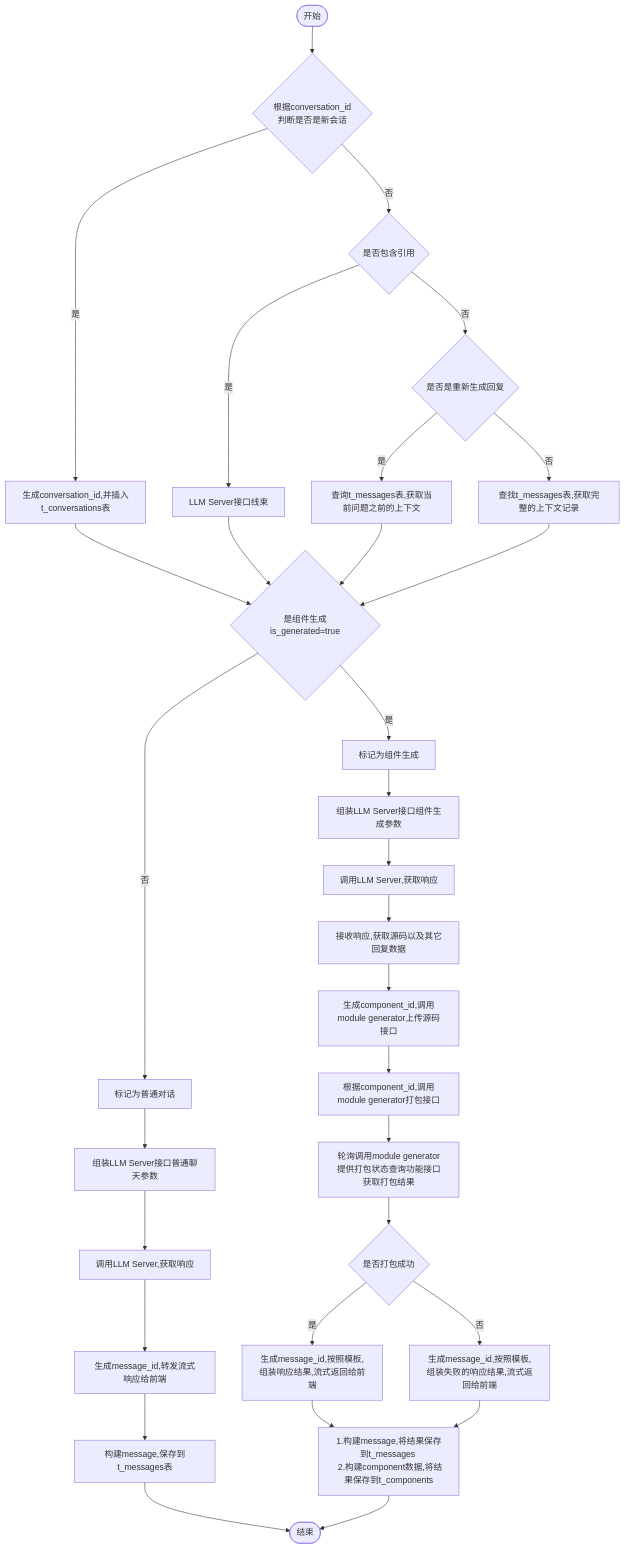
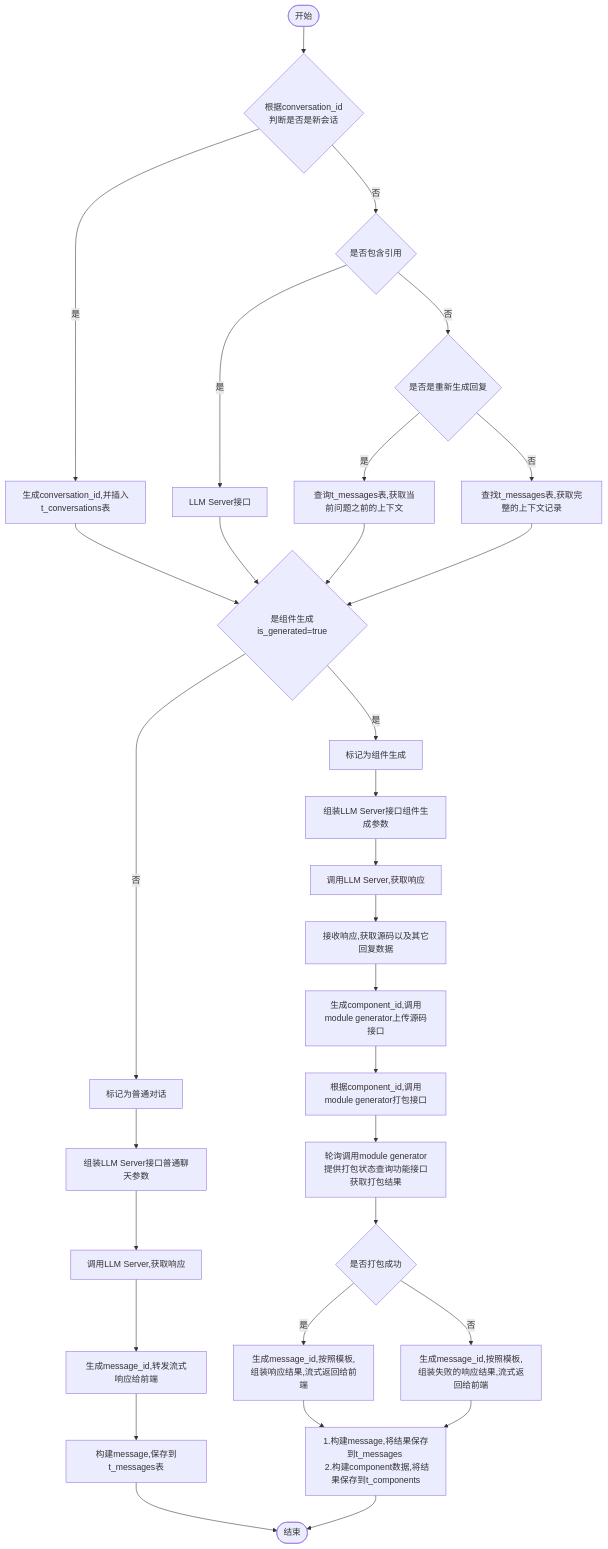
One commit to yingjianzh/iodraw-files changed the diagram in all/w3-会话-不需要传递message.md. Above: the diagram before and after it, drawn with Mermaid.

Commit message:
2024-10-14 11:06:02 update

````diff
--- a/all/w3-会话-不需要传递message.md
+++ b/all/w3-会话-不需要传递message.md
@@ -1,35 +1,35 @@
 ```mermaid
 flowchart TD
     A([开始]) --> B{根据conversation_id \n 判断是否是新会话}
     B -- 是 --> C[生成conversation_id,并插入t_conversations表]
     B -- 否 --> D{是否包含引用}
-    D -- 是 --> E[LLM Server接口线束]
+    D -- 是 --> E[LLM Server接口]
     D -- 否 --> F{是否是重新生成回复}
     F -- 是 --> G[查询t_messages表,获取当前问题之前的上下文]
     F -- 否 --> H[查找t_messages表,获取完整的上下文记录]
      
     C & E & G & H --> I{是组件生成is_generated=true}
     I -- 是 --> J[标记为组件生成]
     I -- 否 --> K[标记为普通对话]
 
 
     J --> L[组装LLM Server接口组件生成参数]    
     K --> M[组装LLM Server接口普通聊天参数]    
     M --> N[调用LLM Server,获取响应]    
     N --> O[生成message_id,转发流式响应给前端]
     O --> P[构建message,保存到t_messages表]
     P --> R([结束])
 
 
     L --> S[调用LLM Server,获取响应]
     S --> T[接收响应,获取源码以及其它回复数据]
     T --> U[生成component_id,调用module generator上传源码接口]
     U --> V[根据component_id,调用module generator打包接口]
     V --> W[轮询调用module generator提供打包状态查询功能接口获取打包结果]
     W --> X{是否打包成功}
     X -- 是 --> Y[生成message_id,按照模板,组装响应结果,流式返回给前端]
     X -- 否 --> Z[生成message_id,按照模板,组装失败的响应结果,流式返回给前端]
 
     Y & Z --> Result[1.构建message,将结果保存到t_messages \n 2.构建component数据,将结果保存到t_components]
     Result --> R
 ```
````
